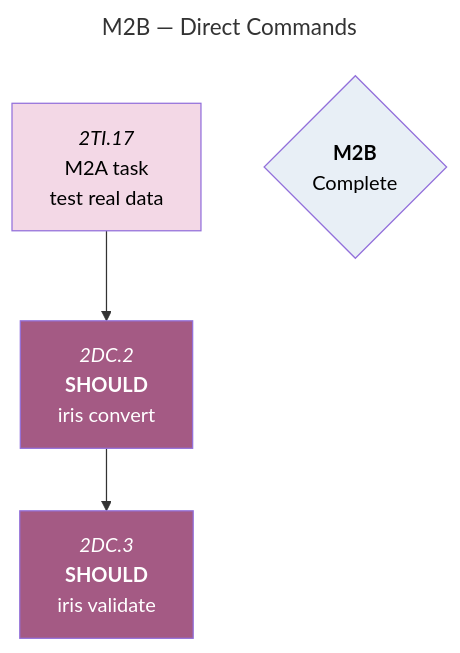
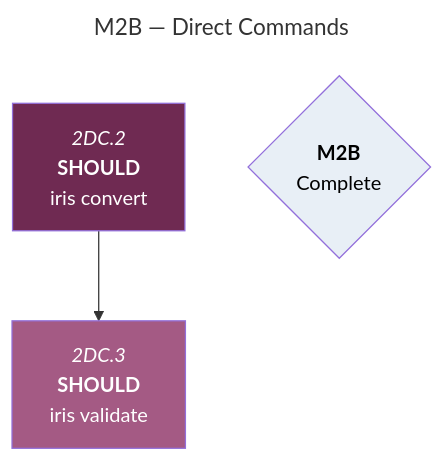
Before and after one commit to foundersandcoders/iris: the second of 5 diagrams in docs/roadmaps/phase-1-mvp-features.md, drawn with Mermaid. The commit also changed other lines of this file, not shown here.

Commit message:
docs: update roadmap

````diff
--- a/docs/roadmaps/phase-1-mvp-features.md
+++ b/docs/roadmaps/phase-1-mvp-features.md
@@ -183,20 +184,16 @@
 ```mermaid
 ---
 title: M2B — Direct Commands
 ---
 graph TD
 
-2TI.17["`*2TI.17*<br/>M2A task<br/>test real data`"]:::must-blocked
-
-2TI.17 --> 2DC.2
-
-2DC.2["`*2DC.2*<br/>**SHOULD**<br/>iris convert`"]:::should-blocked --> 2DC.3
+2DC.2["`*2DC.2*<br/>**SHOULD**<br/>iris convert`"]:::should-open --> 2DC.3
 2DC.3["`*2DC.3*<br/>**SHOULD**<br/>iris validate`"]:::should-blocked
 
 phase1{"`**M2B**<br/>Complete`"}:::mile
 
-classDef must-blocked fill:#F3D8E6,color:#000;
+classDef should-open fill:#6F2A52,color:#fff;
 classDef should-blocked fill:#A45A84,color:#fff;
 classDef could-blocked fill:#5FA3BA,color:#fff;
 classDef mile fill:#E8EFF6,color:#000;
 ```
````
